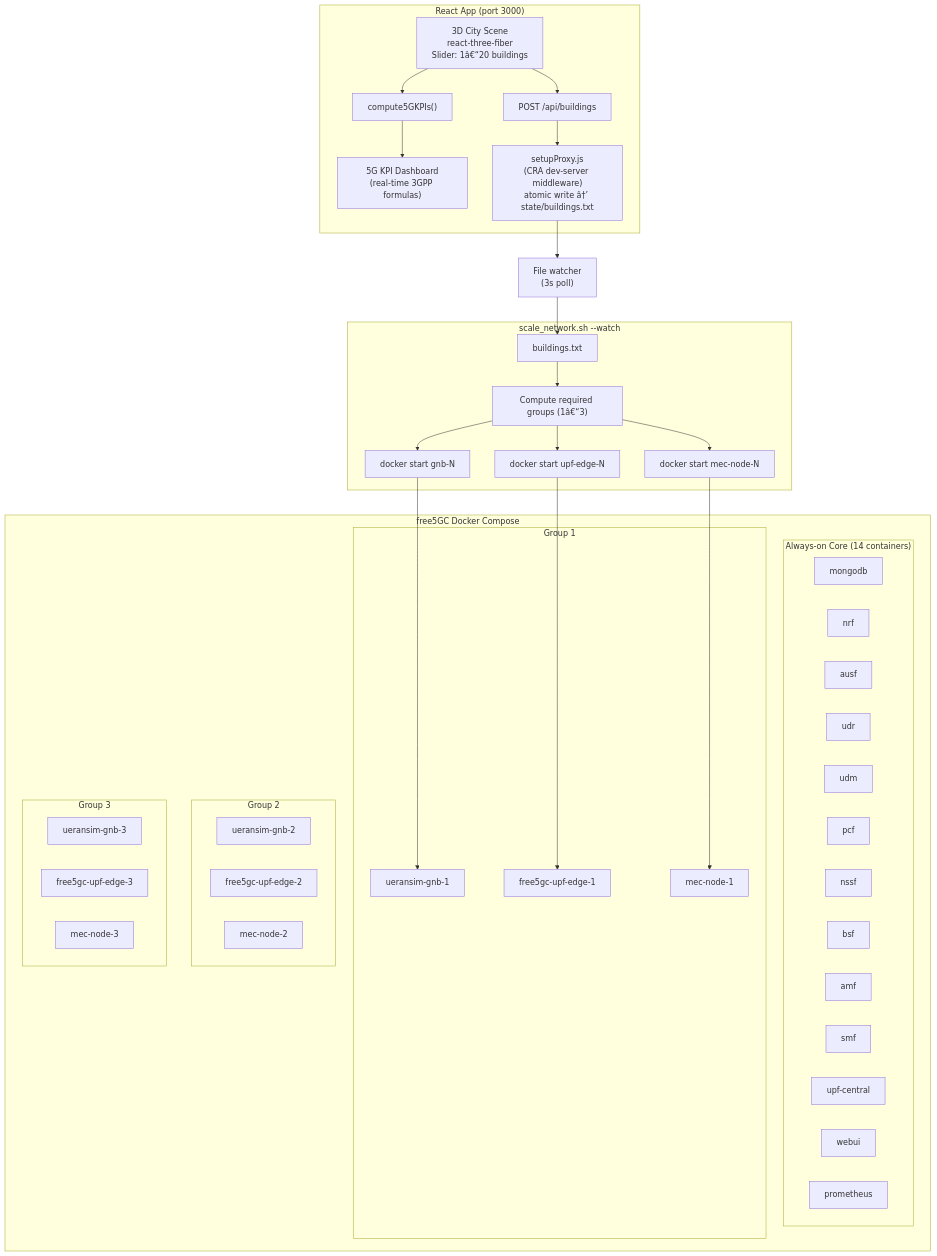
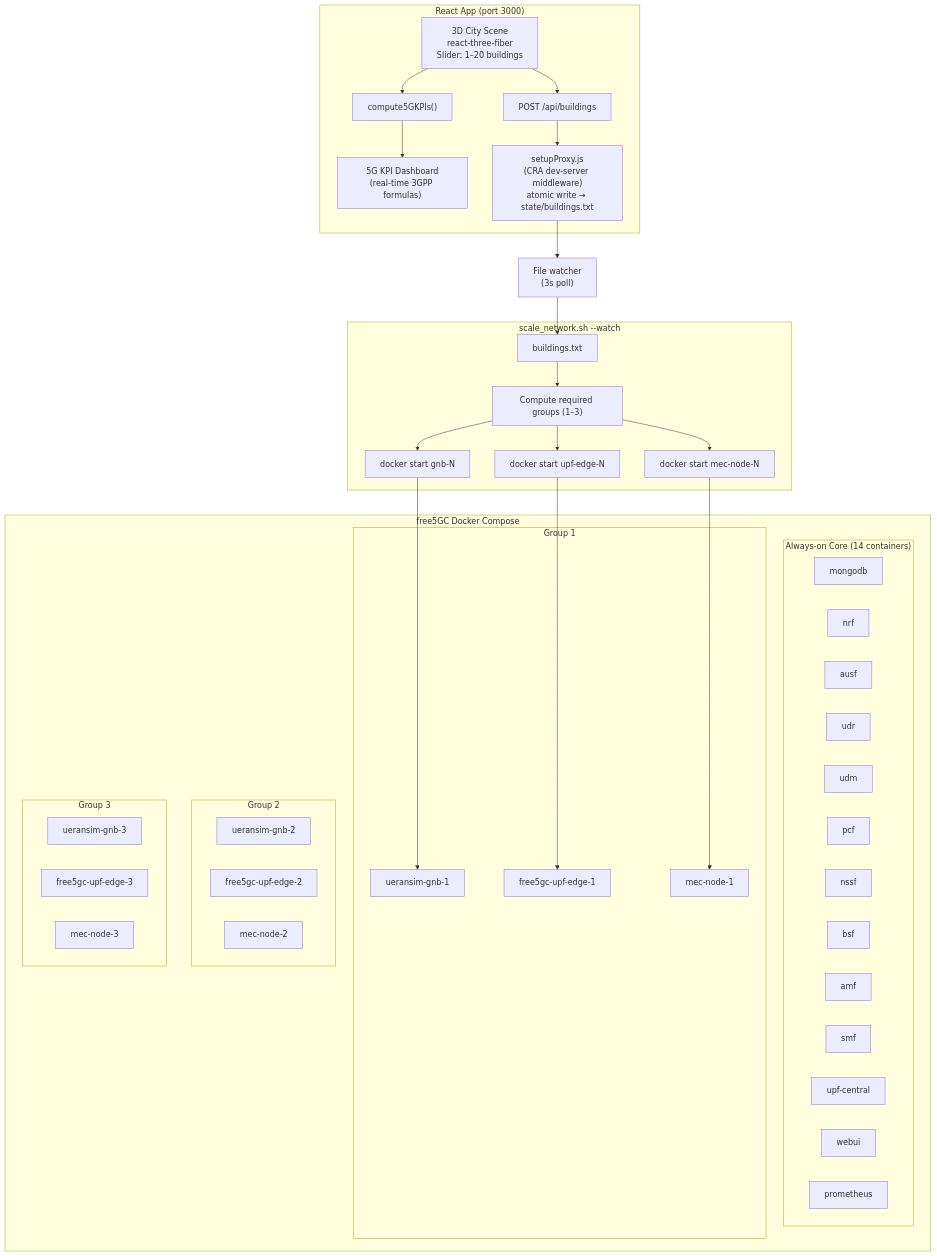
The diagram in docs/HACKATHON_SUBMISSION.md (Imeneallouche/CityLearn), drawn with Mermaid before and after one commit. The commit also changed other lines of this file, not shown here.

```diff
--- a/docs/HACKATHON_SUBMISSION.md
+++ b/docs/HACKATHON_SUBMISSION.md
@@ -495,7 +637,7 @@
 
 %% ---------------- React App ----------------
 subgraph React_App["React App (port 3000)"]
-    A["3D City Scene<br/>react-three-fiber<br/>Slider: 1â€“20 buildings"]
+    A["3D City Scene<br/>react-three-fiber<br/>Slider: 1–20 buildings"]
     B["5G KPI Dashboard<br/>(real-time 3GPP formulas)"]
     C["compute5GKPIs()"]
 
@@ -503,7 +645,7 @@
     C --> B
 
     D["POST /api/buildings"]
-    E["setupProxy.js<br/>(CRA dev-server middleware)<br/>atomic write â†’ state/buildings.txt"]
+    E["setupProxy.js<br/>(CRA dev-server middleware)<br/>atomic write → state/buildings.txt"]
 
     A --> D
     D --> E
@@ -517,7 +659,7 @@
 %% ---------------- Scaling Script ----------------
 subgraph Scaling_Script["scale_network.sh --watch"]
     G["buildings.txt"]
-    H["Compute required groups (1â€“3)"]
+    H["Compute required groups (1–3)"]
 
     I["docker start gnb-N"]
     J["docker start upf-edge-N"]
```
